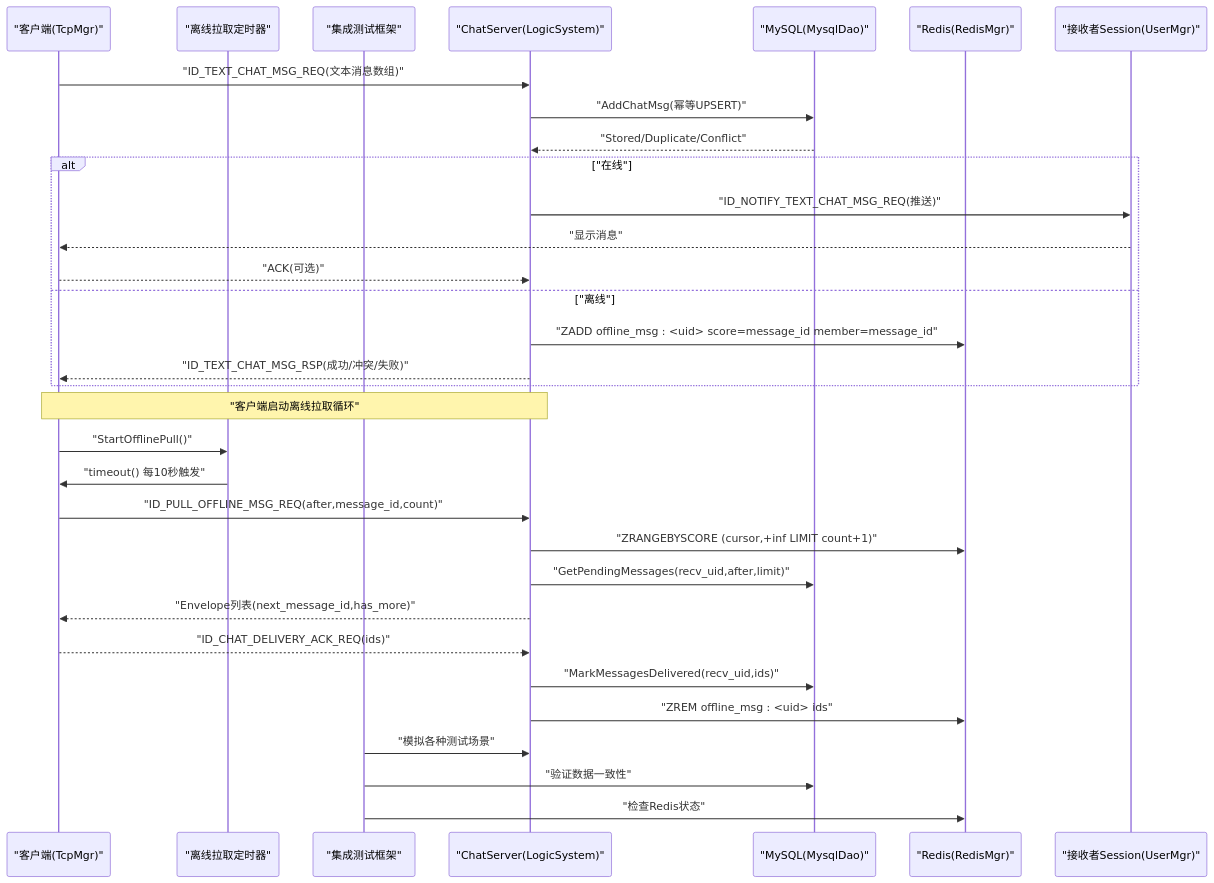
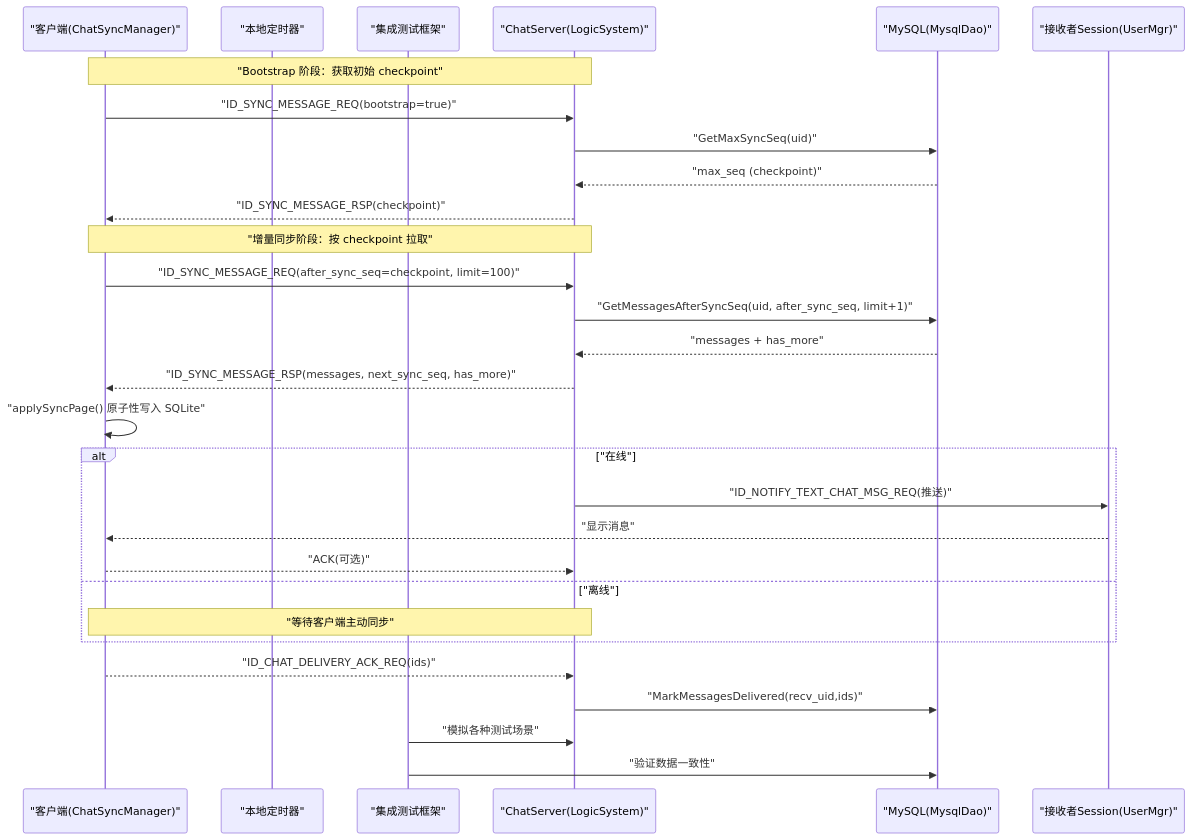
Before and after one commit to echo9923/mychatter: the second of 11 diagrams in .qoder/repowiki/zh/content/核心功能模块/聊天消息系统/离线消息投递系统.md, drawn with Mermaid. The commit also changed other lines of this file and 132 other files, not shown here.

````diff
--- a/.qoder/repowiki/zh/content/核心功能模块/聊天消息系统/离线消息投递系统.md
+++ b/.qoder/repowiki/zh/content/核心功能模块/聊天消息系统/离线消息投递系统.md
@@ -144,34 +149,31 @@
 ```mermaid
 sequenceDiagram
-participant Client as "客户端(TcpMgr)"
-participant Timer as "离线拉取定时器"
+participant Client as "客户端(ChatSyncManager)"
+participant Timer as "本地定时器"
 participant Test as "集成测试框架"
 participant Chat as "ChatServer(LogicSystem)"
 participant DB as "MySQL(MysqlDao)"
-participant RS as "Redis(RedisMgr)"
 participant Recv as "接收者Session(UserMgr)"
-Client->>Chat : "ID_TEXT_CHAT_MSG_REQ(文本消息数组)"
-Chat->>DB : "AddChatMsg(幂等UPSERT)"
-DB-->>Chat : "Stored/Duplicate/Conflict"
+Note over Client,Chat : "Bootstrap 阶段：获取初始 checkpoint"
+Client->>Chat : "ID_SYNC_MESSAGE_REQ(bootstrap=true)"
+Chat->>DB : "GetMaxSyncSeq(uid)"
+DB-->>Chat : "max_seq (checkpoint)"
+Chat-->>Client : "ID_SYNC_MESSAGE_RSP(checkpoint)"
+Note over Client,Chat : "增量同步阶段：按 checkpoint 拉取"
+Client->>Chat : "ID_SYNC_MESSAGE_REQ(after_sync_seq=checkpoint, limit=100)"
+Chat->>DB : "GetMessagesAfterSyncSeq(uid, after_sync_seq, limit+1)"
+DB-->>Chat : "messages + has_more"
+Chat-->>Client : "ID_SYNC_MESSAGE_RSP(messages, next_sync_seq, has_more)"
+Client->>Client : "applySyncPage() 原子性写入 SQLite"
 alt "在线"
 Chat->>Recv : "ID_NOTIFY_TEXT_CHAT_MSG_REQ(推送)"
 Recv-->>Client : "显示消息"
 Client-->>Chat : "ACK(可选)"
 else "离线"
-Chat->>RS : "ZADD offline_msg : <uid> score=message_id member=message_id"
-Chat-->>Client : "ID_TEXT_CHAT_MSG_RSP(成功/冲突/失败)"
+Note over Client,Chat : "等待客户端主动同步"
 end
-Note over Client,Chat : "客户端启动离线拉取循环"
-Client->>Timer : "StartOfflinePull()"
-Timer->>Client : "timeout() 每10秒触发"
-Client->>Chat : "ID_PULL_OFFLINE_MSG_REQ(after,message_id,count)"
-Chat->>RS : "ZRANGEBYSCORE (cursor,+inf LIMIT count+1)"
-Chat->>DB : "GetPendingMessages(recv_uid,after,limit)"
-Chat-->>Client : "Envelope列表(next_message_id,has_more)"
 Client-->>Chat : "ID_CHAT_DELIVERY_ACK_REQ(ids)"
 Chat->>DB : "MarkMessagesDelivered(recv_uid,ids)"
-Chat->>RS : "ZREM offline_msg : <uid> ids"
 Test->>Chat : "模拟各种测试场景"
 Test->>DB : "验证数据一致性"
-Test->>RS : "检查Redis状态"
 ```
````
